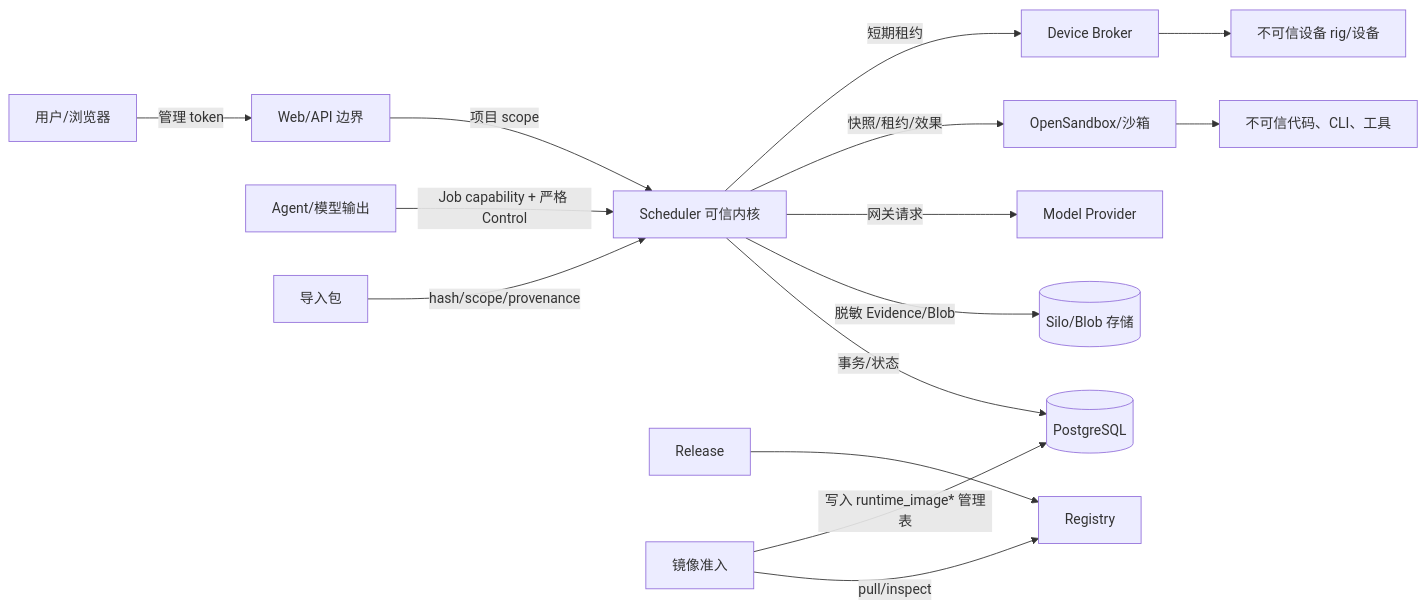
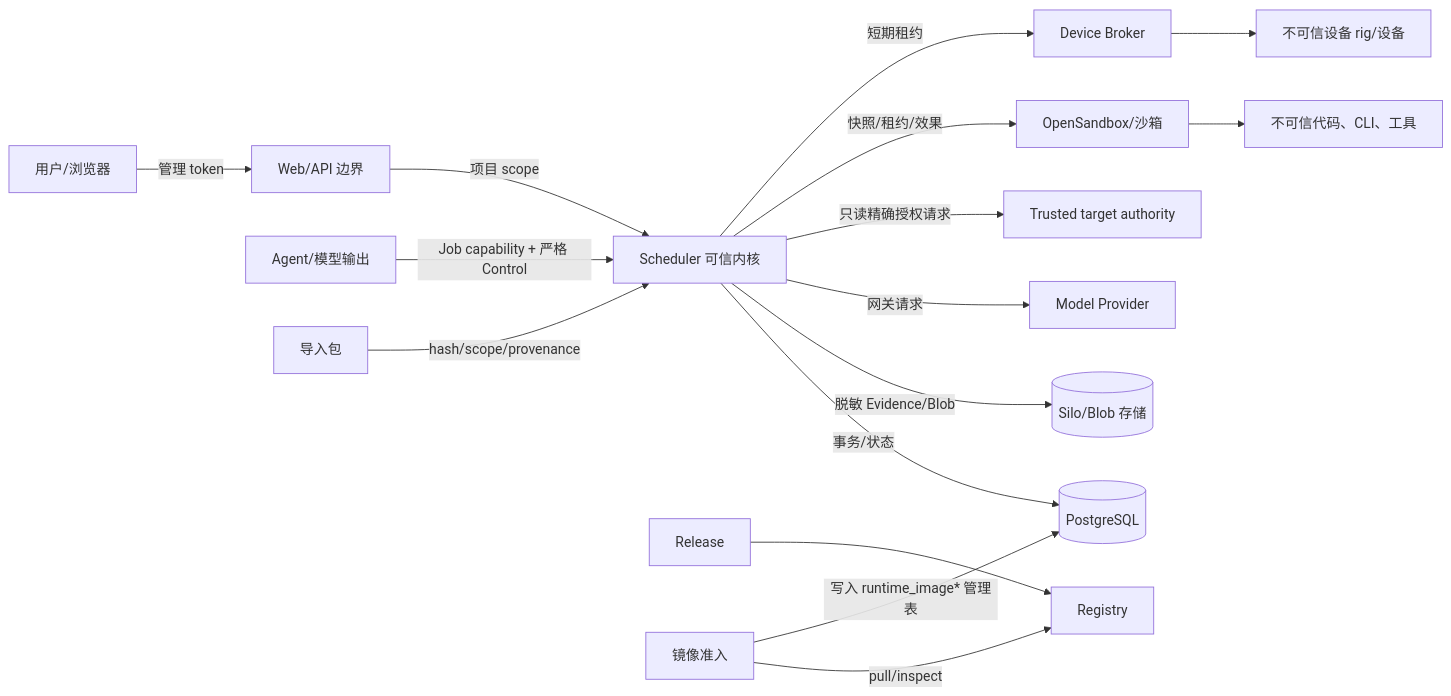
Before and after one commit to SummerSec/DeepSonar: the diagram in docs/architecture/10-security-and-trust-boundaries.md, drawn with Mermaid. The commit also changed other lines of this file and 31 other files, not shown here.

Commit message:
docs: synchronize governed task and memory architecture with verified behavior

````diff
--- a/docs/architecture/10-security-and-trust-boundaries.md
+++ b/docs/architecture/10-security-and-trust-boundaries.md
@@ -10,17 +10,18 @@
 ```mermaid
 flowchart LR
     user[用户/浏览器] -->|管理 token| web[Web/API 边界]
     web -->|项目 scope| scheduler[Scheduler 可信内核]
     model[Agent/模型输出] -->|Job capability + 严格 Control| scheduler
     scheduler -->|事务/状态| db[(PostgreSQL)]
     scheduler -->|脱敏 Evidence/Blob| blob[(Silo/Blob 存储)]
     scheduler -->|网关请求| provider[Model Provider]
+    scheduler -->|只读精确授权请求| authority[Trusted target authority]
     scheduler -->|快照/租约/效果| sandbox[OpenSandbox/沙箱]
     sandbox --> agent[不可信代码、CLI、工具]
     release[Release] --> registry[Registry]
     admission[镜像准入] -->|pull/inspect| registry
     admission -->|写入 runtime_image* 管理表| db
     import[导入包] -->|hash/scope/provenance| scheduler
     scheduler -->|短期租约| broker[Device Broker]
     broker --> rig[不可信设备 rig/设备]
 ```
````
